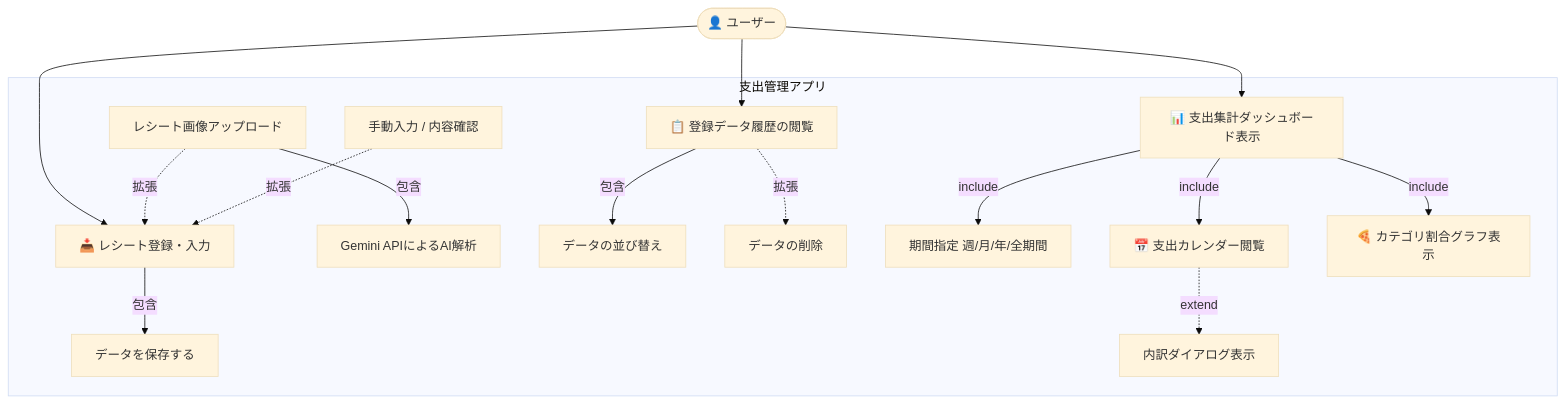
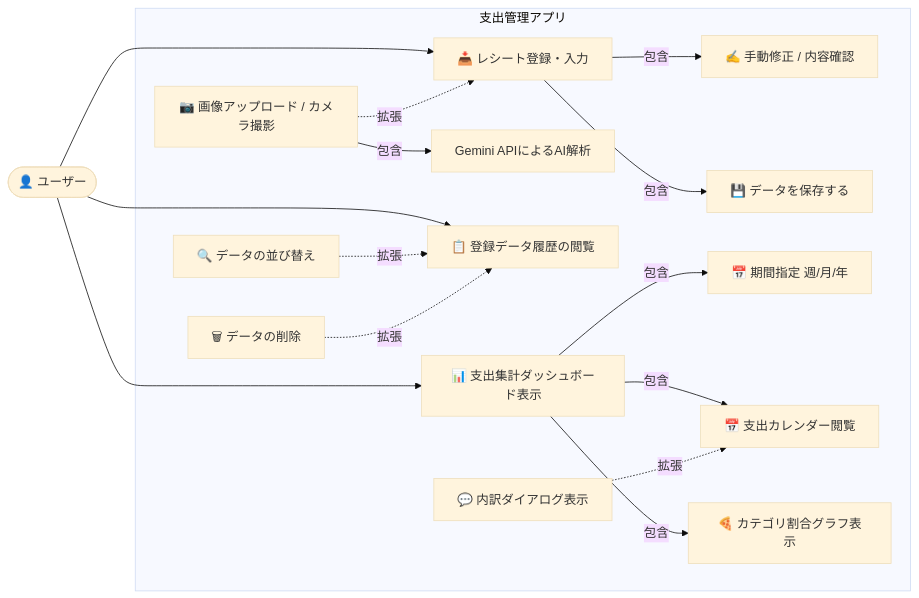
One commit to userT-2213/receipt_checker changed the first of 4 diagrams in README.md. Above: the diagram before and after it, drawn with Mermaid (base theme). The commit also changed other lines of this file and 1 other file, not shown here.

````diff
--- a/README.md
+++ b/README.md
@@ -139,43 +139,47 @@
 ```mermaid
-graph TD
+flowchart LR
     %% アクターの定義
     ユーザー([👤 ユーザー])
     
     %% ユースケースの定義
     subgraph 支出管理アプリ
         UC_レシート登録[📥 レシート登録・入力]
-        UC_画像アップロード[レシート画像アップロード]
+        UC_画像アップロード[📷 画像アップロード / カメラ撮影]
         UC_文字解析[Gemini APIによるAI解析]
-        UC_手動修正[手動入力 / 内容確認]
-        UC_保存[データを保存する]
+        UC_手動修正[✍️ 手動修正 / 内容確認]
+        UC_保存[💾 データを保存する]
         
         UC_履歴閲覧[📋 登録データ履歴の閲覧]
-        UC_並び替え[データの並び替え]
-        UC_データ削除[データの削除]
+        UC_並び替え[🔍 データの並び替え]
+        UC_データ削除[🗑 データの削除]
         
         UC_ダッシュボード[📊 支出集計ダッシュボード表示]
-        UC_期間指定[期間指定 週/月/年/全期間]
+        UC_期間指定[📅 期間指定 週/月/年]
         UC_カレンダー閲覧[📅 支出カレンダー閲覧]
-        UC_内訳ダイアログ[内訳ダイアログ表示]
+        UC_内訳ダイアログ[💬 内訳ダイアログ表示]
         UC_割合グラフ[🍕 カテゴリ割合グラフ表示]
     end
 
-    %% アクターとユースケースの関連
-    ユーザー --> UC_レシート登録
+    %% --- アクターとメインユースケースの関連 ---
+    ユーザー ---> UC_レシート登録
     ユーザー --> UC_履歴閲覧
-    ユーザー --> UC_ダッシュボード
+    ユーザー ---> UC_ダッシュボード
 
-    %% 包含 (include) / 拡張 (extend) 関係の定義
+    %% --- 包含(include) と 拡張(extend) の再定義 ---
+    
+    %% レシート登録フロー
+    UC_レシート登録 -->|包含| UC_手動修正
     UC_レシート登録 -->|包含| UC_保存
     UC_画像アップロード -.->|拡張| UC_レシート登録
     UC_画像アップロード -->|包含| UC_文字解析
-    UC_手動修正 -.->|拡張| UC_レシート登録
     
-    UC_履歴閲覧 -->|包含| UC_並び替え
-    UC_履歴閲覧 -.->|拡張| UC_データ削除
+    %% 履歴閲覧フロー
+    UC_並び替え -.->|拡張| UC_履歴閲覧
+    UC_データ削除 -.->|拡張| UC_履歴閲覧
     
-    UC_ダッシュボード -->|include| UC_期間指定
-    UC_ダッシュボード -->|include| UC_カレンダー閲覧
-    UC_ダッシュボード -->|include| UC_割合グラフ
-    UC_カレンダー閲覧 -.->|extend| UC_内訳ダイアログ
+    %% ダッシュボードフロー
+    UC_ダッシュボード -->|包含| UC_期間指定
+    UC_ダッシュボード -->|包含| UC_カレンダー閲覧
+    UC_ダッシュボード -->|包含| UC_割合グラフ
+    UC_内訳ダイアログ -.->|拡張| UC_カレンダー閲覧
 ```
````
